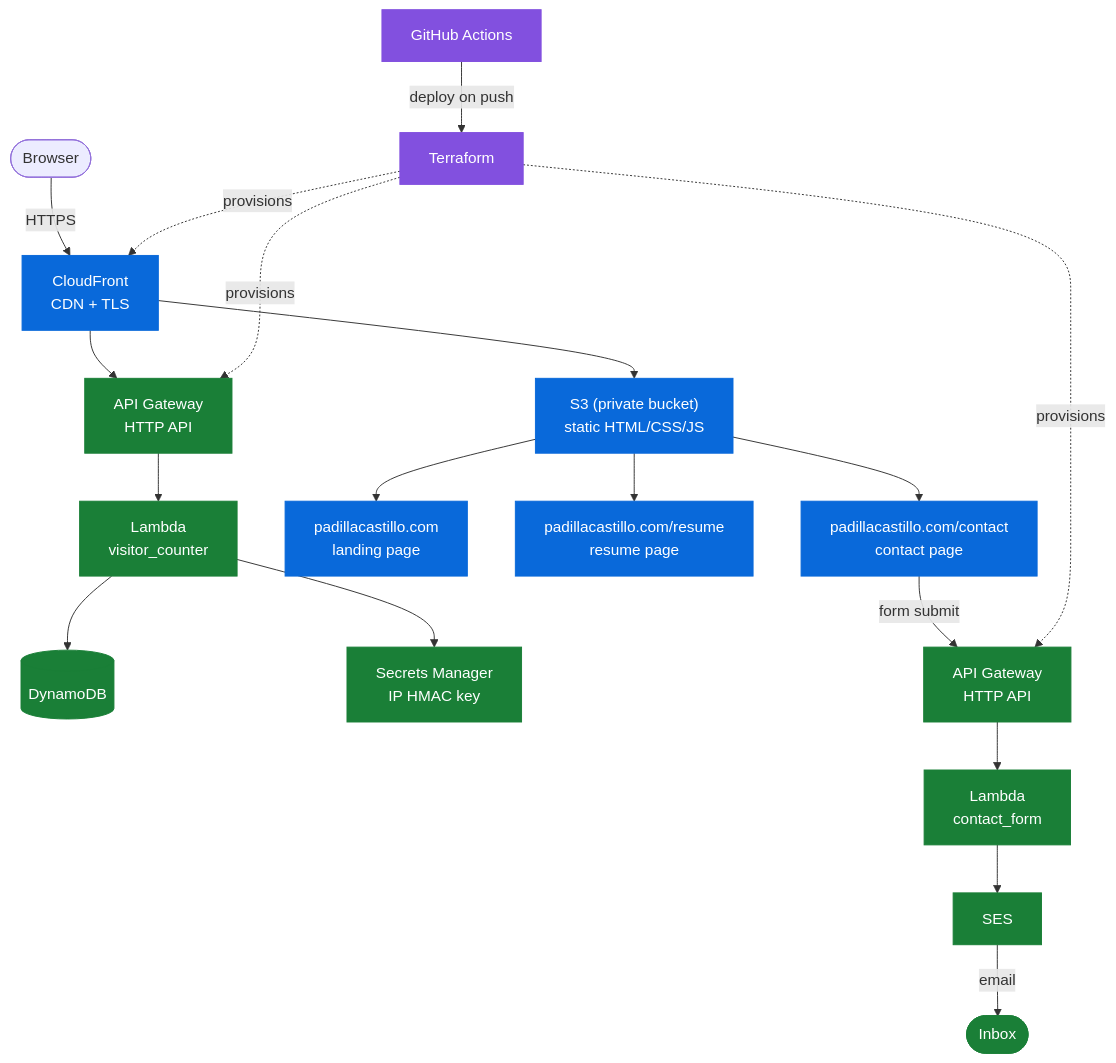
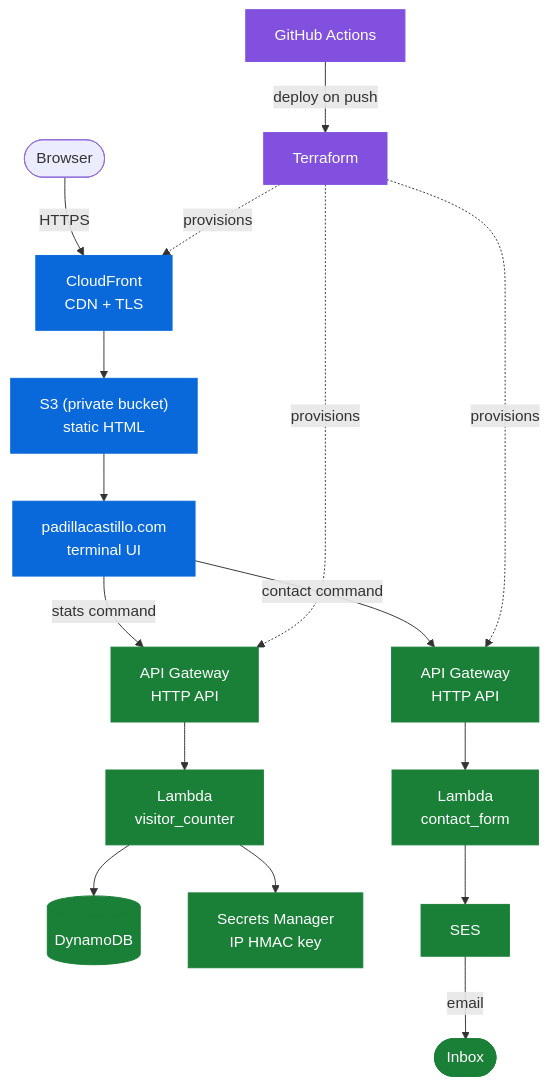
The diagram in README.md (padillacastillo/padillacastillo), drawn with Mermaid before and after one commit. The commit also changed other lines of this file and 11 other files, not shown here.

````diff
--- a/README.md
+++ b/README.md
@@ -7,30 +7,29 @@
 ```mermaid
 flowchart TD
     Browser(["Browser"]) -->|HTTPS| CF["CloudFront<br/>CDN + TLS"]
-    CF --> S3["S3 (private bucket)<br/>static HTML/CSS/JS"]
-    CF --> APIGW["API Gateway<br/>HTTP API"]
+    CF --> S3["S3 (private bucket)<br/>static HTML"]
+    S3 --> SITE["padillacastillo.com<br/>terminal UI"]
+
+    SITE -->|stats command| APIGW["API Gateway<br/>HTTP API"]
     APIGW --> LAM["Lambda<br/>visitor_counter"]
     LAM --> DDB[("DynamoDB")]
     LAM --> SECMGR["Secrets Manager<br/>IP HMAC key"]
-    S3 --> LP["padillacastillo.com<br/>landing page"]
-    S3 --> RP["padillacastillo.com/resume<br/>resume page"]
-    S3 --> CP["padillacastillo.com/contact<br/>contact page"]
 
-    CP -->|form submit| CFAPIGW["API Gateway<br/>HTTP API"]
+    SITE -->|contact command| CFAPIGW["API Gateway<br/>HTTP API"]
     CFAPIGW --> CFLAM["Lambda<br/>contact_form"]
     CFLAM --> SES["SES"]
     SES -->|email| Inbox(["Inbox"])
 
     GHA["GitHub Actions"] -->|deploy on push| TF["Terraform"]
     TF -.->|provisions| CF
     TF -.->|provisions| APIGW
     TF -.->|provisions| CFAPIGW
 
     classDef delivery fill:#0969da,stroke:#0969da,color:#fff
     classDef backend fill:#1a7f37,stroke:#1a7f37,color:#fff
     classDef pipeline fill:#8250df,stroke:#8250df,color:#fff
 
-    class CF,S3,LP,RP,CP delivery
+    class CF,S3,SITE delivery
     class APIGW,LAM,DDB,SECMGR,CFAPIGW,CFLAM,SES,Inbox backend
     class GHA,TF pipeline
 ```
````
